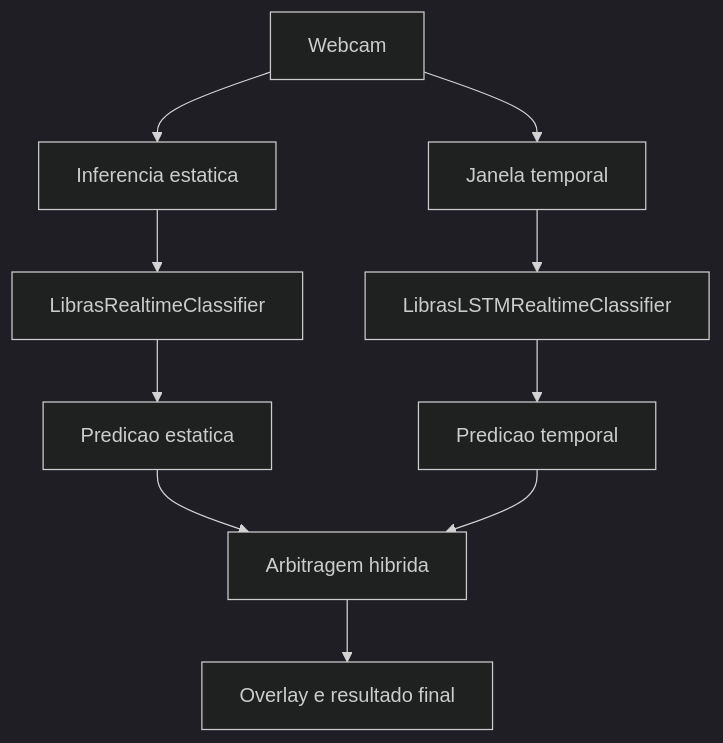
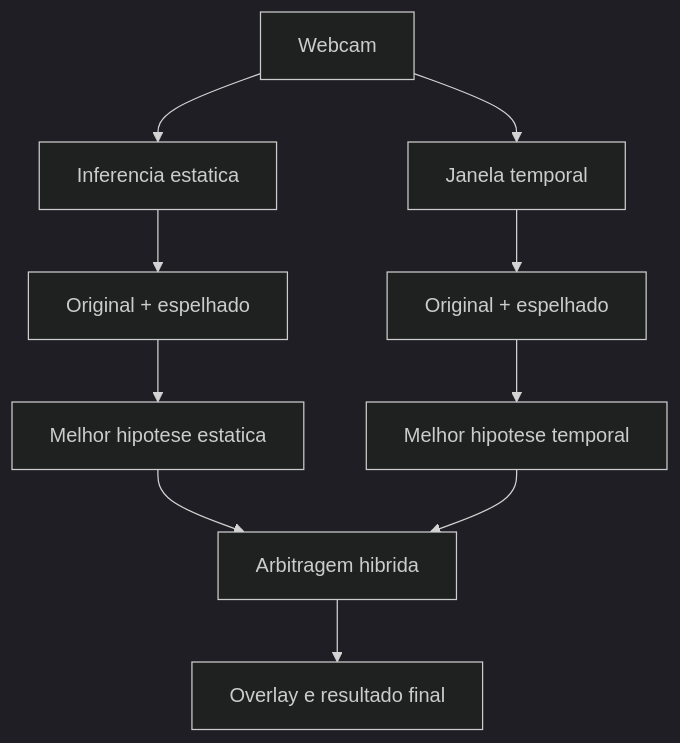
One commit to Gabryel-lima/LibrIA changed the fifth of 8 diagrams in docs/ARCHITECTURE.md. Above: the diagram before and after it, drawn with Mermaid (dark theme). The commit also changed other lines of this file and 36 other files, not shown here.

````diff
--- a/docs/ARCHITECTURE.md
+++ b/docs/ARCHITECTURE.md
@@ -108,12 +121,12 @@
 ```mermaid
 flowchart TD
     A[Webcam] --> B[Inferencia estatica]
     A --> C[Janela temporal]
-    B --> D[LibrasRealtimeClassifier]
-    C --> E[LibrasLSTMRealtimeClassifier]
-    D --> F[Predicao estatica]
-    E --> G[Predicao temporal]
+    B --> D[Original + espelhado]
+    C --> E[Original + espelhado]
+    D --> F[Melhor hipotese estatica]
+    E --> G[Melhor hipotese temporal]
     F --> H[Arbitragem hibrida]
     G --> H
     H --> I[Overlay e resultado final]
 ```
````
